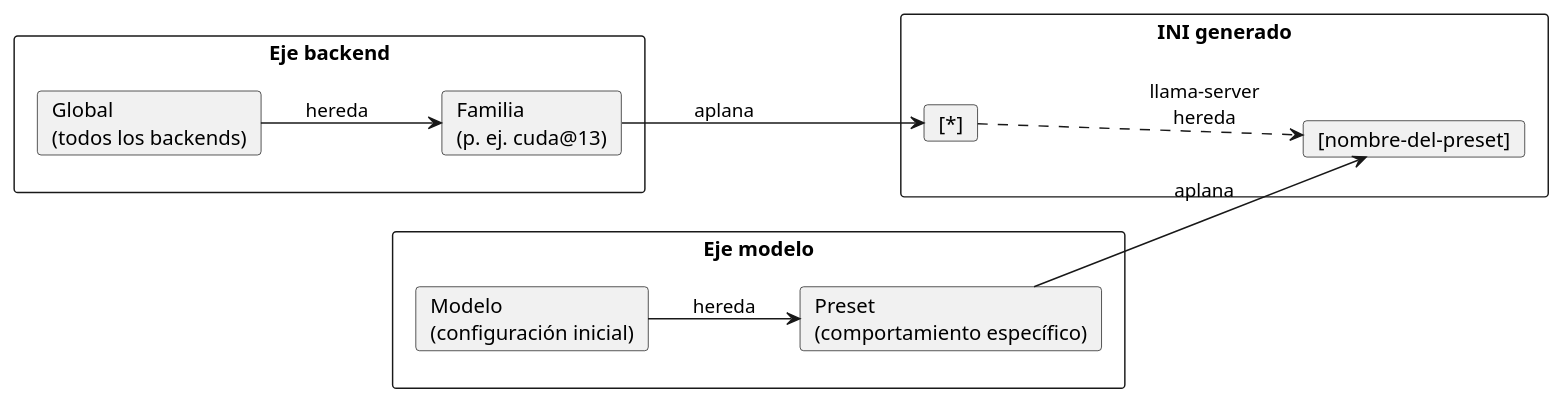
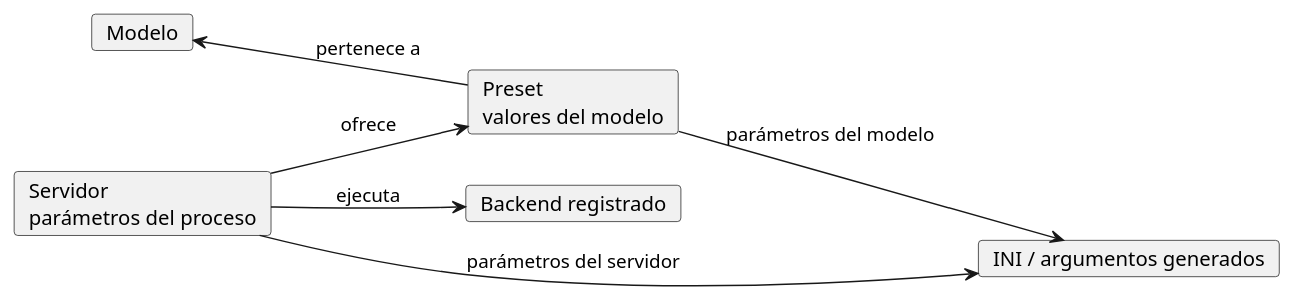
The third of 3 diagrams in docs/modelo-de-datos.md (mstranich/coquena), drawn with PlantUML before and after one commit. The commit also changed other lines of this file and 31 other files, not shown here.

````diff
--- a/docs/modelo-de-datos.md
+++ b/docs/modelo-de-datos.md
@@ -178,22 +161,15 @@
 ```plantuml
 @startuml
 left to right direction
-rectangle "Eje backend" {
-  card "Global\n(todos los backends)" as G
-  card "Familia\n(p. ej. cuda@13)" as F
-  G --> F : hereda
-}
-rectangle "Eje modelo" {
-  card "Modelo\n(configuración inicial)" as M
-  card "Preset\n(comportamiento específico)" as P
-  M --> P : hereda
-}
-rectangle "INI generado" {
-  card "[*]" as S
-  card "[nombre-del-preset]" as N
-}
-F --> S : aplana
-P --> N : aplana
-S ..> N : llama-server\nhereda
+card "Modelo" as M
+card "Preset\nvalores del modelo" as P
+card "Servidor\nparámetros del proceso" as S
+card "Backend registrado" as B
+card "INI / argumentos generados" as I
+M <-- P : pertenece a
+S --> P : ofrece
+S --> B : ejecuta
+P --> I : parámetros del modelo
+S --> I : parámetros del servidor
 @enduml
 ```
````
